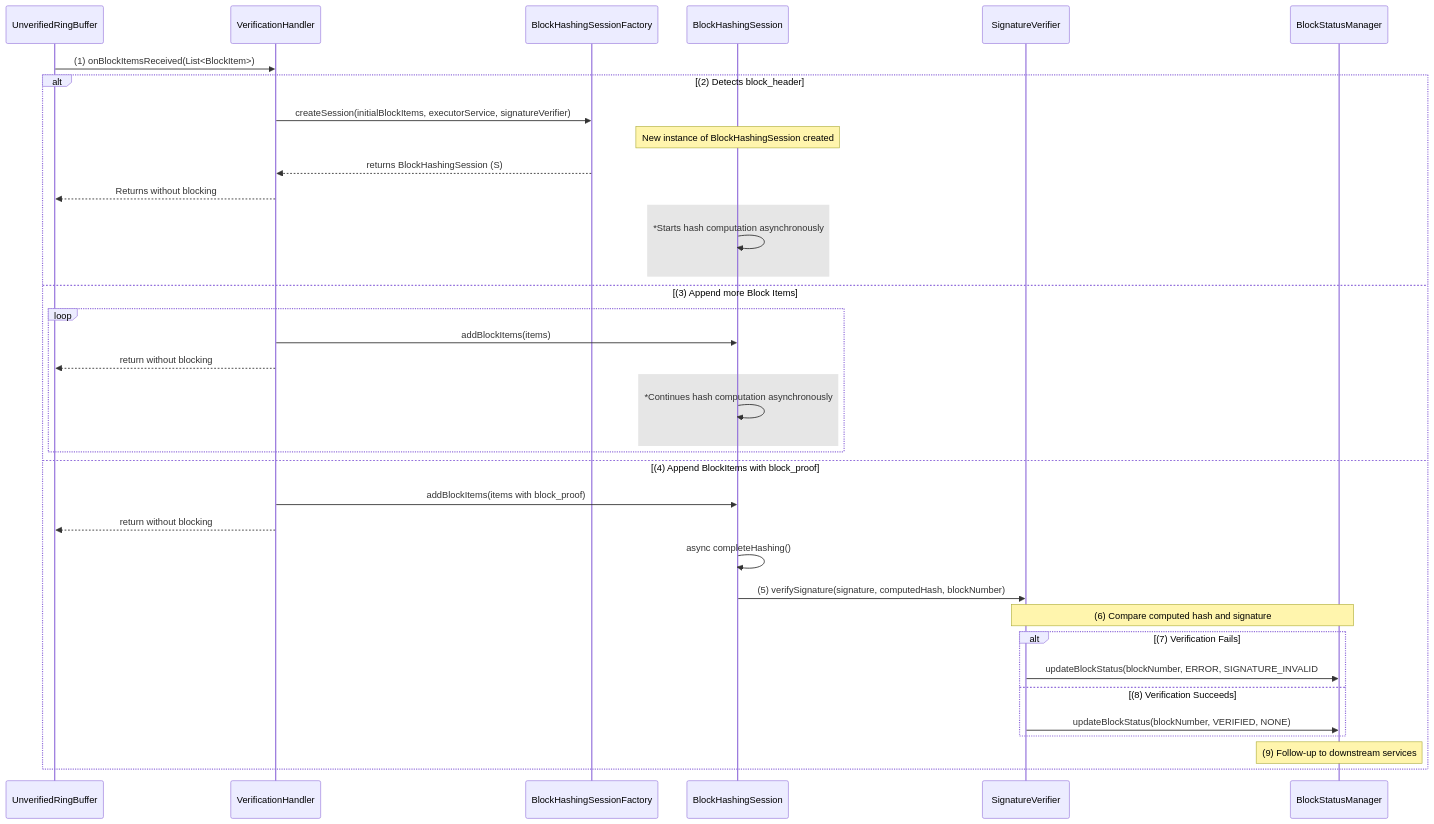
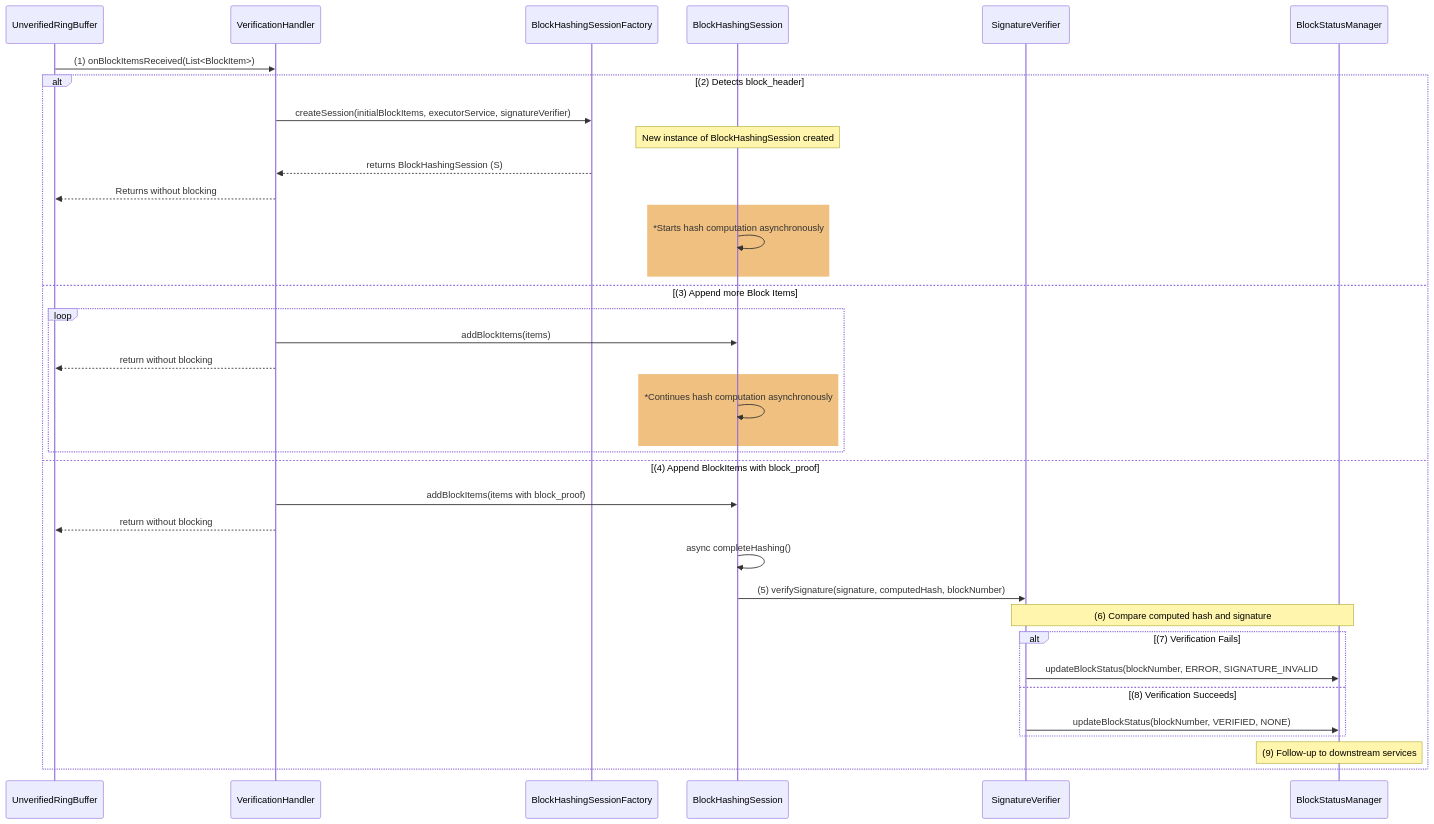
The diagram in server/docs/design/block-verification.md (hashgraph/hedera-block-node), drawn with Mermaid before and after one commit. The commit also changed other lines of this file, not shown here.

````diff
--- a/server/docs/design/block-verification.md
+++ b/server/docs/design/block-verification.md
@@ -69,54 +68,54 @@
 ```mermaid
 sequenceDiagram
     participant U as UnverifiedRingBuffer
     participant V as VerificationHandler
     participant F as BlockHashingSessionFactory
     participant S as BlockHashingSession
     participant SV as SignaturesequenceDiagram
     participant U as UnverifiedRingBuffer
     participant V as VerificationHandler
     participant F as BlockHashingSessionFactory
     participant S as BlockHashingSession
     participant SV as SignatureVerifier
     participant BSM as BlockStatusManager
 
         
     U->>V: (1) onBlockItemsReceived(List<BlockItem>)        
     
     alt (2) Detects block_header
     
     V->>F: createSession(initialBlockItems, executorService, signatureVerifier)
     Note over S: New instance of BlockHashingSession created
     F-->>V: returns BlockHashingSession (S)
     V-->>U: Returns without blocking
-    rect rgb(230, 230, 230)
+    rect rgb(240, 192, 129)
     S->>S: *Starts hash computation asynchronously
     end
     
     else (3) Append more Block Items
     loop
     V->>S: addBlockItems(items)
     V-->>U: return without blocking
-    rect rgb(230, 230, 230)
+    rect rgb(240, 192, 129)
     S->>S: *Continues hash computation asynchronously
     end
     end
 
     else (4) Append BlockItems with block_proof
    
     V->>S: addBlockItems(items with block_proof)
     V-->>U: return without blocking    
     S->>S: async completeHashing()   
 
     S->>SV: (5) verifySignature(signature, computedHash, blockNumber)    
 
     Note over SV,BSM: (6) Compare computed hash and signature
     alt (7) Verification Fails
       SV->>BSM: updateBlockStatus(blockNumber, ERROR, SIGNATURE_INVALID      
     else (8) Verification Succeeds
       SV->>BSM: updateBlockStatus(blockNumber, VERIFIED, NONE)      
     end
     Note over BSM: (9) Follow-up to downstream services
     end
 
 ```
````
